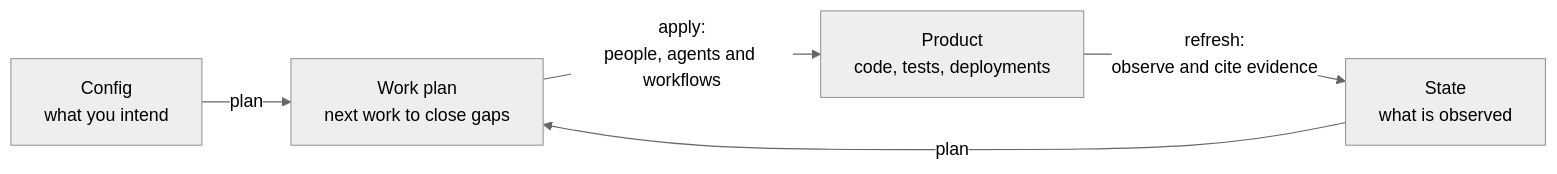
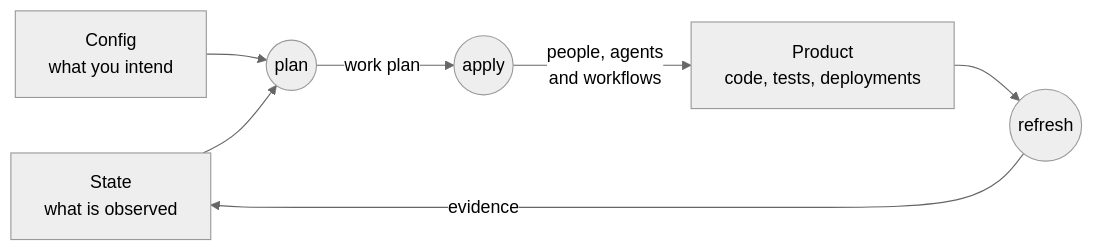
One commit to whiteredhouse/exacly changed the diagram in README.md. Above: the diagram before and after it, drawn with Mermaid (neutral theme).

Commit message:
docs: distinguish lifecycle actions from artifacts in diagram

````diff
--- a/README.md
+++ b/README.md
@@ -5,7 +5,11 @@
 ```mermaid
 flowchart LR
-    config["Config<br/>what you intend"] -- "plan" --> work["Work plan<br/>next work to close gaps"]
-    state["State<br/>what is observed"] -- "plan" --> work
-    work -- "apply:<br/>people, agents and workflows" --> product["Product<br/>code, tests, deployments"]
-    product -- "refresh:<br/>observe and cite evidence" --> state
+    state["State<br/>what is observed"]
+    config["Config<br/>what you intend"]
+    config --> plan(("plan"))
+    state --> plan
+    plan -- "work plan" --> apply(("apply"))
+    apply -- "people, agents<br/>and workflows" --> product["Product<br/>code, tests, deployments"]
+    product --> refresh(("refresh"))
+    refresh -- "evidence" --> state
 ```
````
